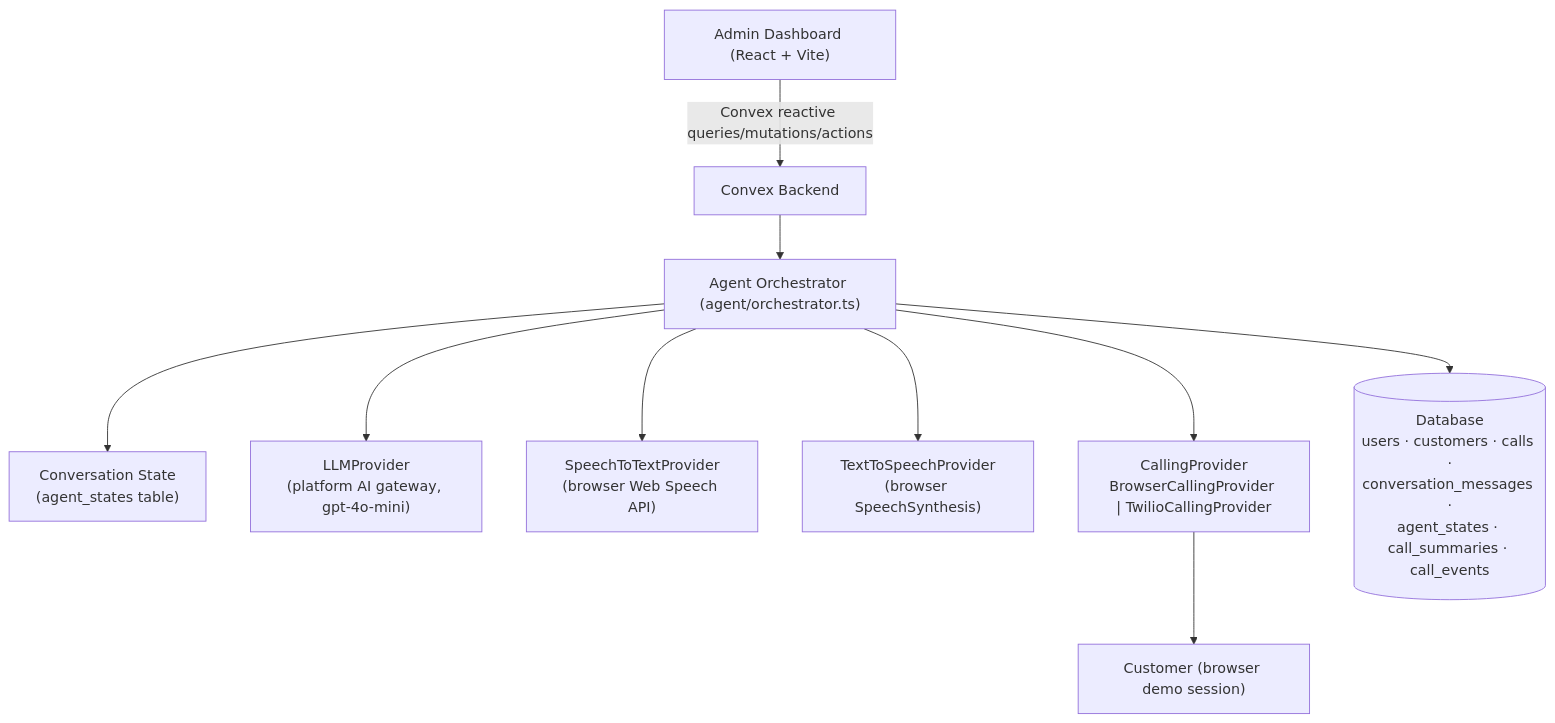
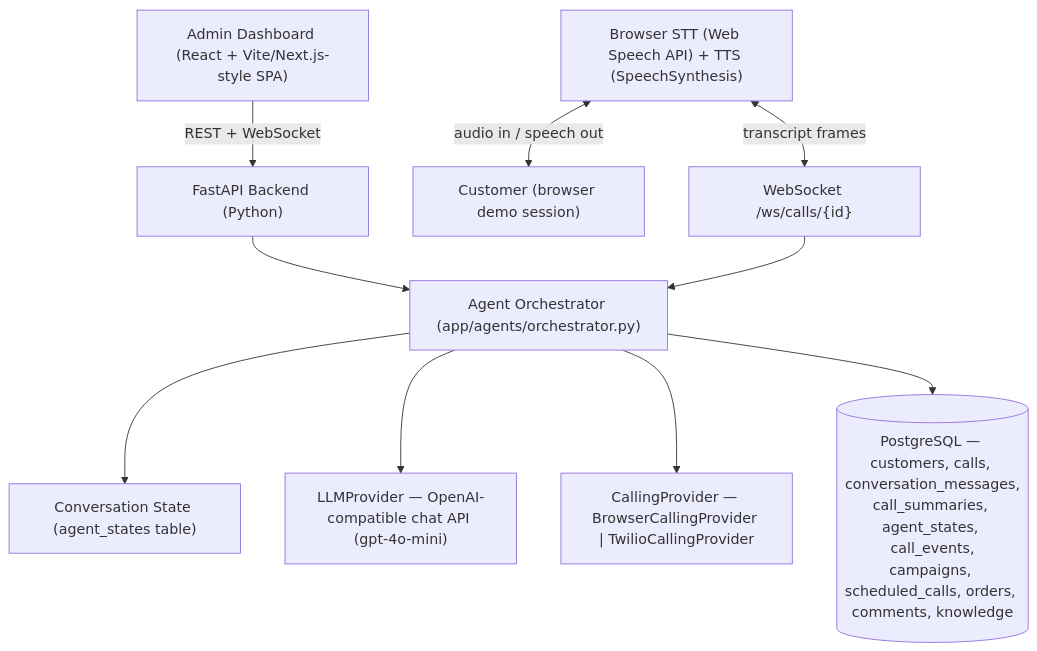
The diagram in README.md (Junaid1206/agentspeakAI), drawn with Mermaid before and after one commit. The commit also changed other lines of this file and 64 other files, not shown here.

Commit message:
Freebuff: Submission: Port backend to FastAPI + PostgreSQL (recomme...

````diff
--- a/README.md
+++ b/README.md
@@ -32,12 +19,12 @@
 ```mermaid
 flowchart TD
-    Admin["Admin Dashboard (React + Vite)"] -->|" Convex reactive queries/mutations/actions "| Backend["Convex Backend"]
-    Backend --> Agent["Agent Orchestrator (agent/orchestrator.ts)"]
-    Agent --> State["Conversation State\n(agent_states table)"]
-    Agent --> LLM["LLMProvider\n(platform AI gateway, gpt-4o-mini)"]
-    Agent --> STT["SpeechToTextProvider\n(browser Web Speech API)"]
-    Agent --> TTS["TextToSpeechProvider\n(browser SpeechSynthesis)"]
-    Agent --> Calling["CallingProvider\nBrowserCallingProvider | TwilioCallingProvider"]
-    Agent --> DB[("Database\nusers · customers · calls ·\nconversation_messages ·\nagent_states · call_summaries · call_events")]
-    Calling --> Customer["Customer (browser demo session)"]
+    Admin["Admin Dashboard (React + Vite/Next.js-style SPA)"] -->|"REST + WebSocket"| API["FastAPI Backend (Python)"]
+    API --> Agent["Agent Orchestrator (app/agents/orchestrator.py)"]
+    Agent --> State["Conversation State (agent_states table)"]
+    Agent --> LLM["LLMProvider — OpenAI-compatible chat API (gpt-4o-mini)"]
+    Agent --> Calling["CallingProvider — BrowserCallingProvider | TwilioCallingProvider"]
+    Agent --> DB[("PostgreSQL — customers, calls, conversation_messages,\ncall_summaries, agent_states, call_events,\ncampaigns, scheduled_calls, orders, comments, knowledge")]
+    Voice["Browser STT (Web Speech API) + TTS (SpeechSynthesis)"] <-->|"audio in / speech out"| Customer["Customer (browser demo session)"]
+    Voice <-->|"transcript frames"| WS["WebSocket /ws/calls/{id}"]
+    WS --> Agent
 ```
````
